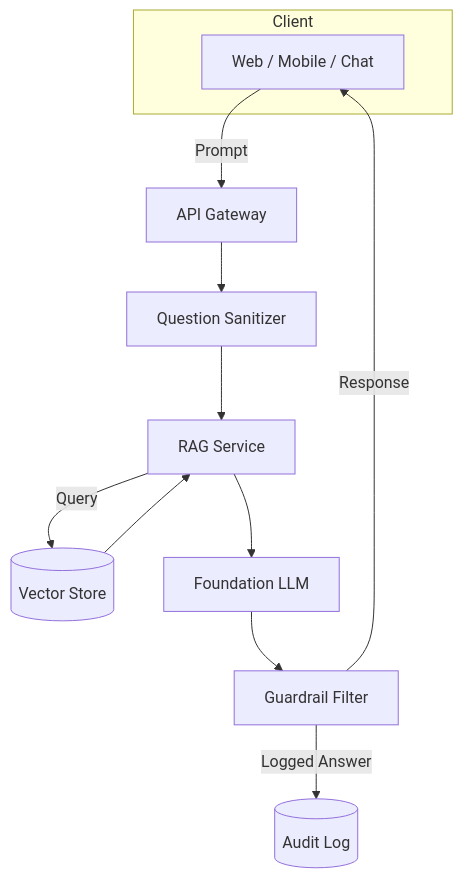
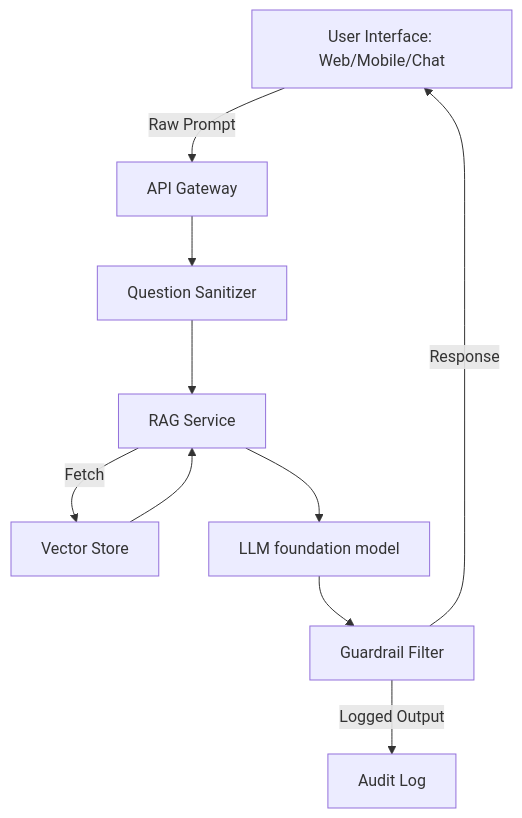
Before and after one commit to SSWConsulting/SSW.Website: the diagram in content/articles/build-reliable-ai.mdx, drawn with Mermaid. The commit also changed other lines of this file, not shown here.

````diff
--- a/content/articles/build-reliable-ai.mdx
+++ b/content/articles/build-reliable-ai.mdx
@@ -95,16 +95,14 @@
   ```mermaid
 
   flowchart TD
-      subgraph Client
-          A[Web / Mobile / Chat]
-      end
-      A -->|Prompt| B[API Gateway]
+      A[User Interface: Web/Mobile/Chat]
+      A -->|Raw Prompt| B[API Gateway]
       B --> C[Question Sanitizer]
       C --> D[RAG Service]
-      D -->|Query| E[(Vector Store)]
+      D -->|Fetch| E[Vector Store]
       E --> D
-      D --> F[Foundation LLM]
+      D --> F[LLM foundation model]
       F --> G[Guardrail Filter]
-      G -->|Logged Answer| H[(Audit Log)]
+      G -->|Logged Output| H[Audit Log]
       G -->|Response| A
   ```
````
